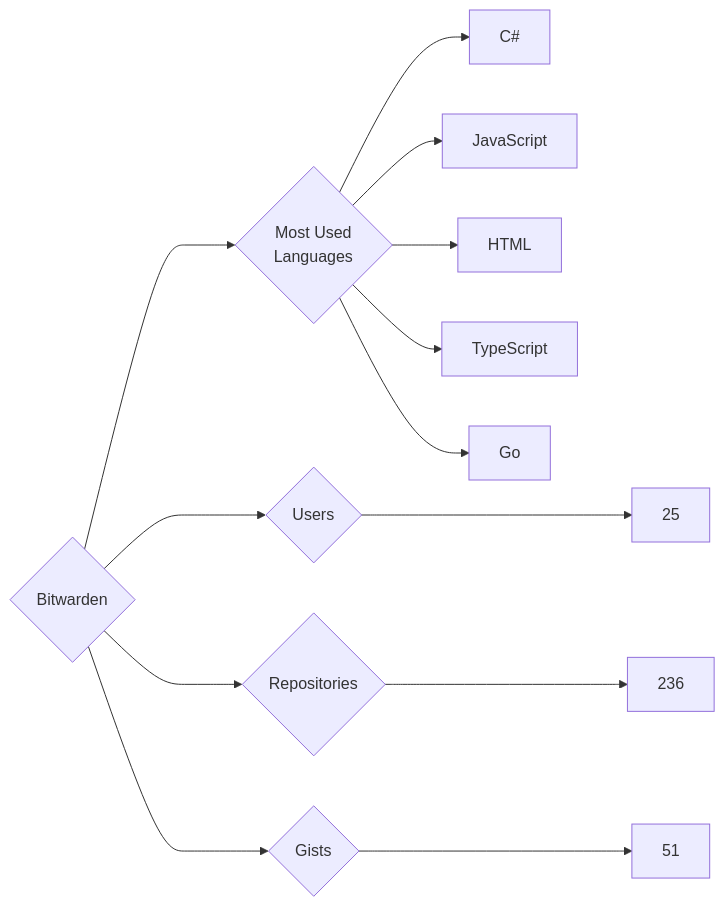
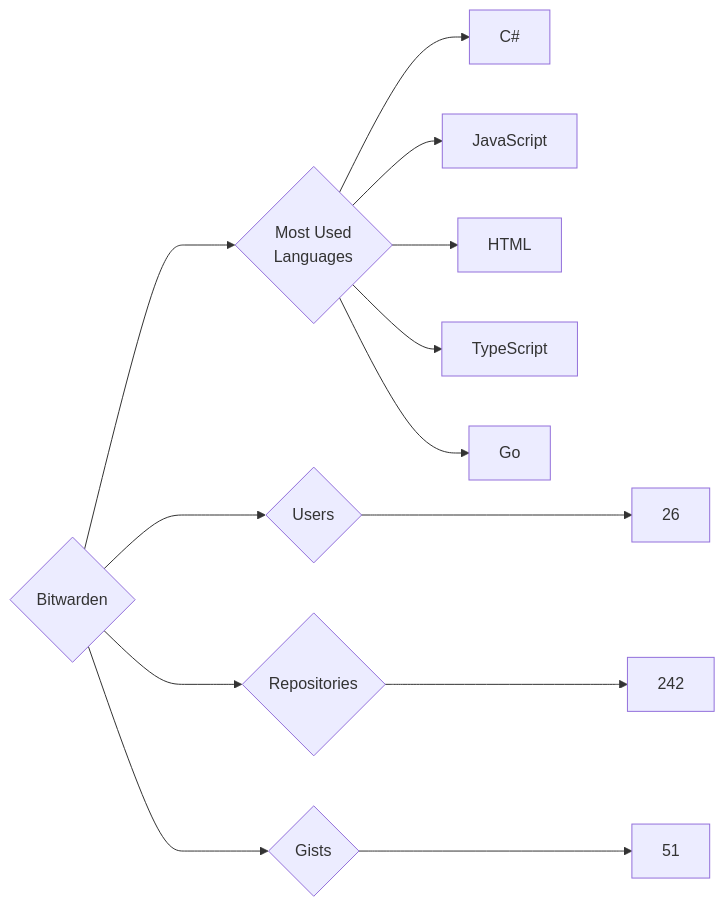
Before and after one commit to trickest/insiders: the diagram in targets/Bitwarden/README.md, drawn with Mermaid. The commit also changed 636 other files, not shown here.

````diff
--- a/targets/Bitwarden/README.md
+++ b/targets/Bitwarden/README.md
@@ -3,13 +3,13 @@
 ```mermaid
 graph LR
 COMPANY_NAME{Bitwarden}
-COMPANY_NAME ---> U{Users} ---> UN[25]
-COMPANY_NAME ---> R{Repositories} ---> RN[236]
+COMPANY_NAME ---> U{Users} ---> UN[26]
+COMPANY_NAME ---> R{Repositories} ---> RN[242]
 COMPANY_NAME ---> G{Gists} ---> GN[51]
 COMPANY_NAME ---> ML{Most Used<br>Languages}
 ML --> C#[C#]
 ML --> JavaScript[JavaScript]
 ML --> HTML[HTML]
 ML --> TypeScript[TypeScript]
 ML --> Go[Go]
 ```
````
